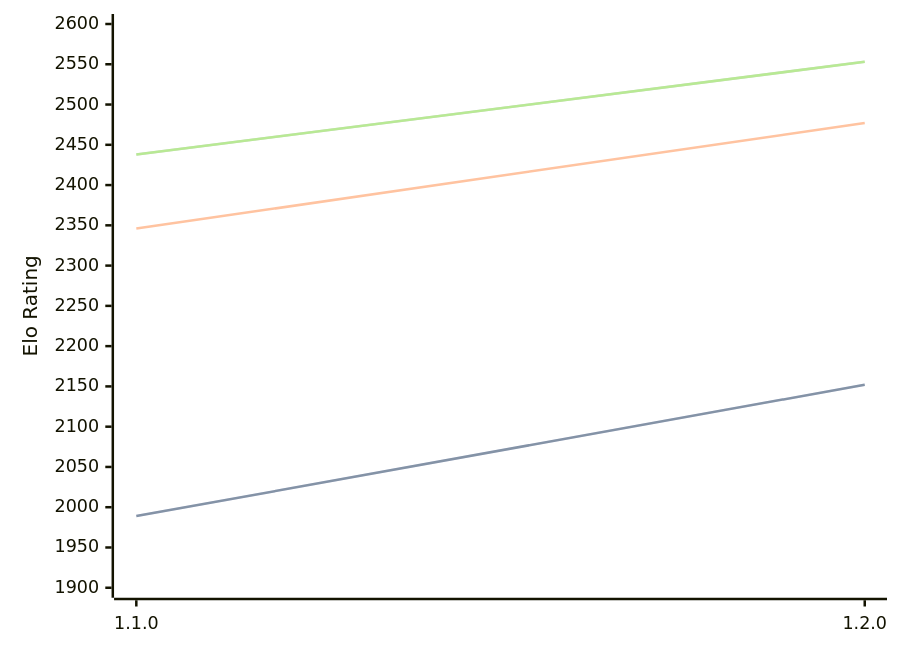
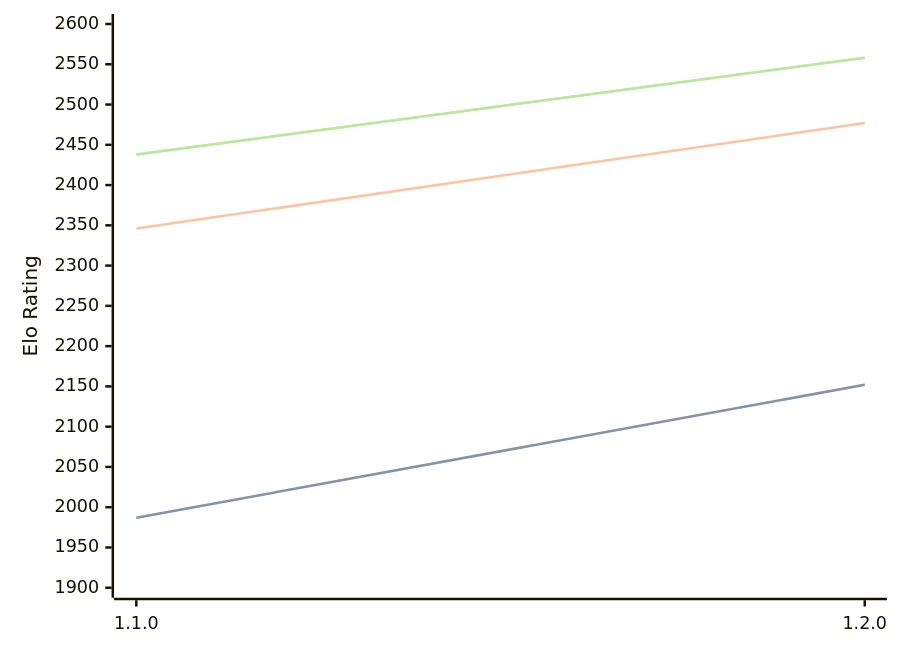
Before and after one commit to computer-chess-index/cci: the diagram in engines/Gyatso.md, drawn with Mermaid. The commit also changed other lines of this file, not shown here.

Commit message:
Update CCI Ratings (ELO VLTC) - 2026-03-23

````diff
--- a/engines/Gyatso.md
+++ b/engines/Gyatso.md
@@ -33,11 +33,11 @@
 ```mermaid
 %%{init: {"theme":"base","themeVariables":{"seriesColors:['#a3a3a3','#222221','#faa371']}}}%%
 xychart-beta
   x-axis ["1.1.0", "1.2.0"]
   y-axis "Elo Rating" 1900 --> 2600
-  line "STC (8.0+0.08s)" [1989, 2152]
-  line "STC (8.0+0.08s)" [1989, 2152]
+  line "STC (8.0+0.08s)" [1987, 2152]
+  line "STC (8.0+0.08s)" [1987, 2152]
   line "LTC (60.0+0.60s)" [2346, 2477]
-  line "VLTC (2m24s+1.12s)" [2438, 2553]
-  line "VLTC (2m24s+1.12s)" [2438, 2553]
+  line "VLTC (2m24s+1.12s)" [2438, 2558]
+  line "VLTC (2m24s+1.12s)" [2438, 2558]
 ```
````
